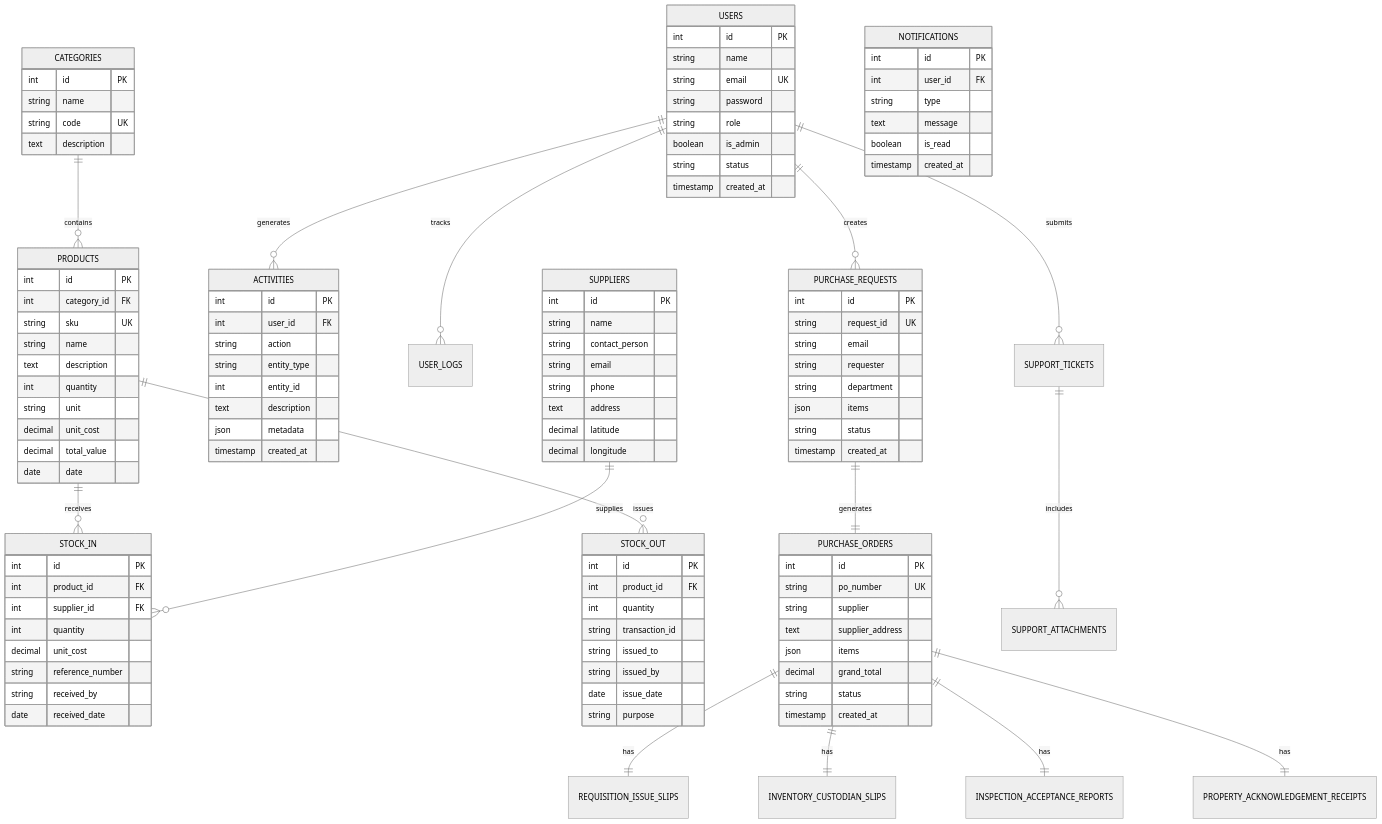
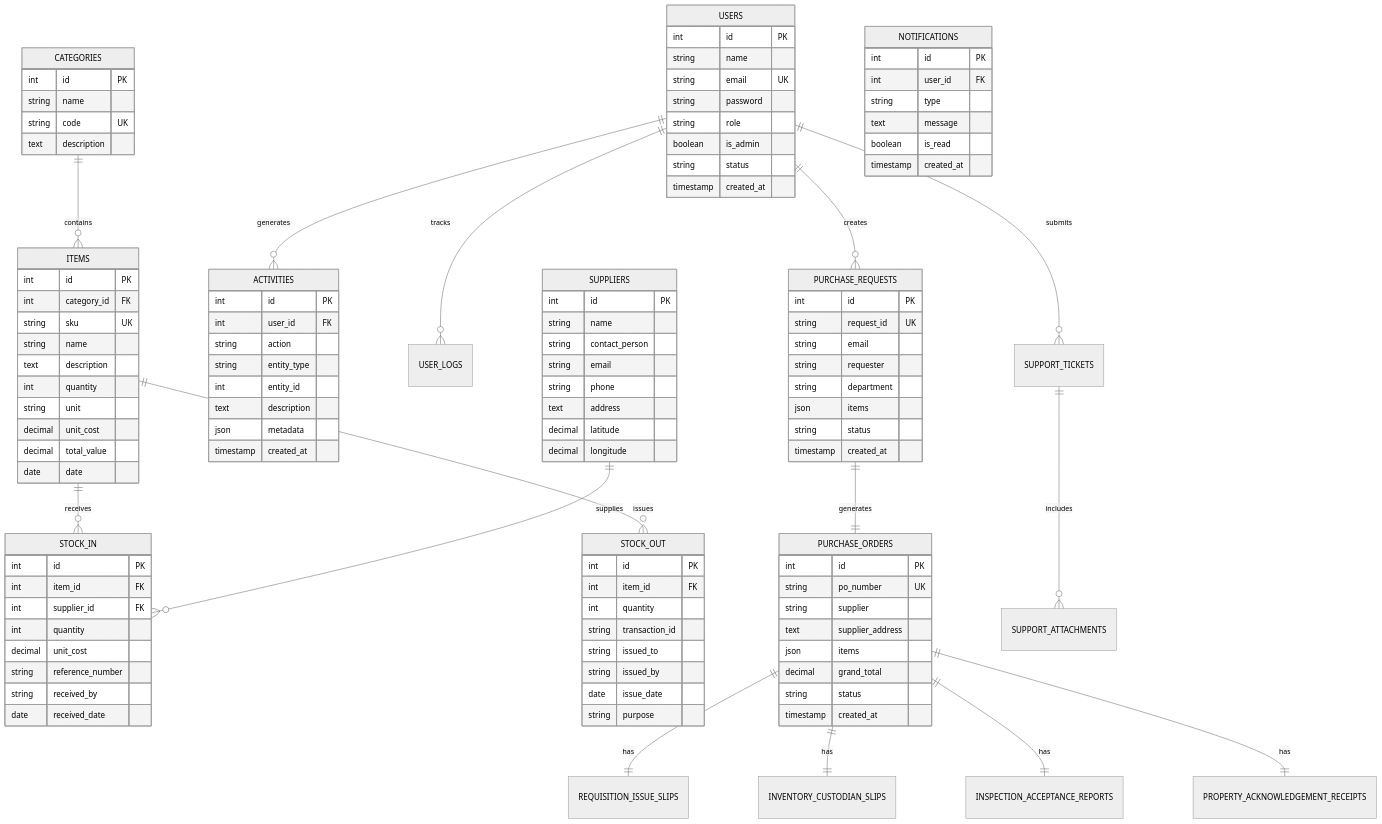
Before and after one commit to kenzo0111/WBIMPS-CNSC: the third of 6 diagrams in ARCHITECTURE.md, drawn with Mermaid (neutral theme). The commit also changed other lines of this file and 21 other files, not shown here.

First line of the commit message:
Rename Product to Item across backend and docs

```diff
--- a/ARCHITECTURE.md
+++ b/ARCHITECTURE.md
@@ -167,10 +167,10 @@
     USERS ||--o{ USER_LOGS : tracks
     USERS ||--o{ SUPPORT_TICKETS : submits
 
-    CATEGORIES ||--o{ PRODUCTS : contains
+    CATEGORIES ||--o{ ITEMS : contains
 
-    PRODUCTS ||--o{ STOCK_IN : receives
-    PRODUCTS ||--o{ STOCK_OUT : issues
+    ITEMS ||--o{ STOCK_IN : receives
+    ITEMS ||--o{ STOCK_OUT : issues
 
     SUPPLIERS ||--o{ STOCK_IN : supplies
 
@@ -201,7 +201,7 @@
         text description
     }
 
-    PRODUCTS {
+    ITEMS {
         int id PK
         int category_id FK
         string sku UK
@@ -227,7 +227,7 @@
 
     STOCK_IN {
         int id PK
-        int product_id FK
+        int item_id FK
         int supplier_id FK
         int quantity
         decimal unit_cost
@@ -238,7 +238,7 @@
 
     STOCK_OUT {
         int id PK
-        int product_id FK
+        int item_id FK
         int quantity
         string transaction_id
         string issued_to
```
